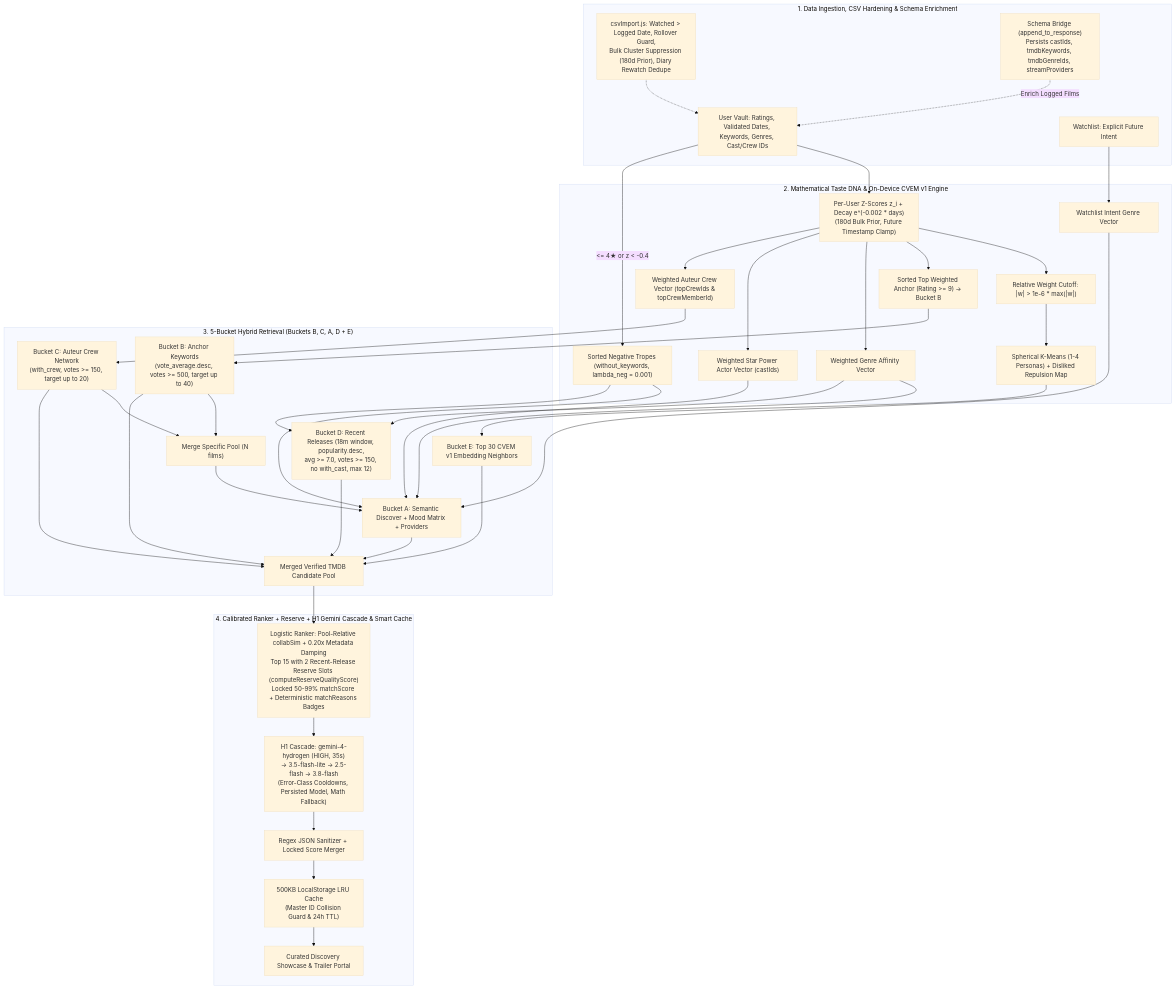
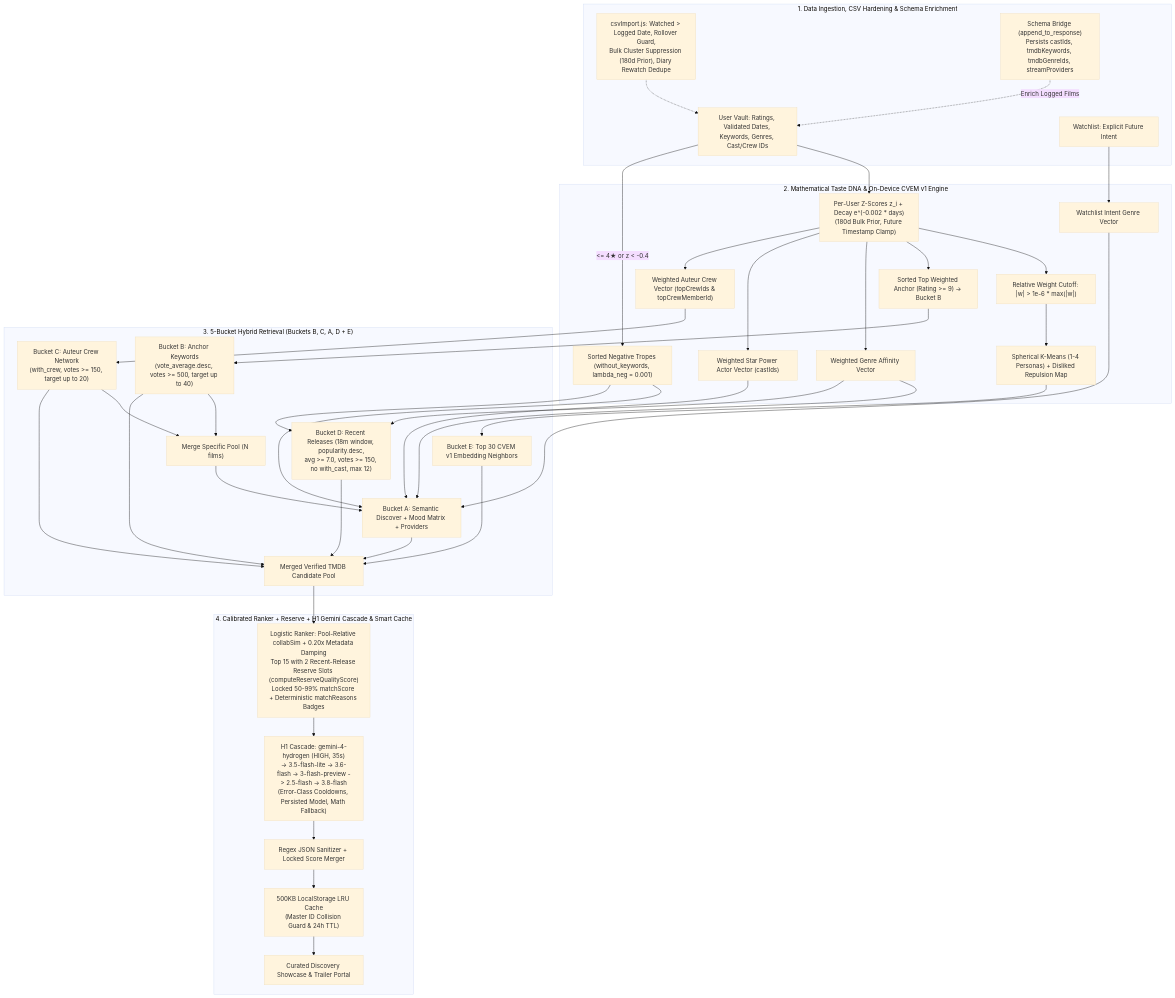
Before and after one commit to khuzaima175/React-Movie-Original: the diagram in ARCHITECTURE.md, drawn with Mermaid (base theme). The commit also changed other lines of this file and 6 other files, not shown here.

Commit message:
feat(gemini): add gemini-3.6-flash and gemini-3-flash-preview as cascade backups

````diff
--- a/ARCHITECTURE.md
+++ b/ARCHITECTURE.md
@@ -71,40 +71,40 @@
 ```mermaid
 flowchart TD
     subgraph Phase1 ["1. Data Ingestion, CSV Hardening & Schema Enrichment"]
         V["User Vault: Ratings, Validated Dates, Keywords, Genres, Cast/Crew IDs"]
         W["Watchlist: Explicit Future Intent"]
         CSV["csvImport.js: Watched > Logged Date, Rollover Guard,\nBulk Cluster Suppression (180d Prior), Diary Rewatch Dedupe"] -.-> V
         SB["Schema Bridge (append_to_response)\nPersists castIds, tmdbKeywords, tmdbGenreIds, streamProviders"] -.->|Enrich Logged Films| V
     end
 
     subgraph Phase2 ["2. Mathematical Taste DNA & On-Device CVEM v1 Engine"]
         V --> Z["Per-User Z-Scores z_i + Decay e^(-0.002 * days)\n(180d Bulk Prior, Future Timestamp Clamp)"]
         Z --> REL["Relative Weight Cutoff: |w| > 1e-6 * max(|w|)"]
         REL --> KM["Spherical K-Means (1-4 Personas) + Disliked Repulsion Map"]
         Z --> ANCHOR["Sorted Top Weighted Anchor (Rating >= 9) -> Bucket B"]
         Z --> GENRE_V["Weighted Genre Affinity Vector"]
         Z --> CAST_V["Weighted Star Power Actor Vector (castIds)"]
         Z --> CREW_V["Weighted Auteur Crew Vector (topCrewIds & topCrewMemberId)"]
         W --> WATCH_V["Watchlist Intent Genre Vector"]
         V -->|<= 4★ or z < -0.4| HATED_K["Sorted Negative Tropes (without_keywords, lambda_neg = 0.001)"]
     end
 
     subgraph Phase3 ["3. 5-Bucket Hybrid Retrieval (Buckets B, C, A, D + E)"]
         ANCHOR --> B2["Bucket B: Anchor Keywords\n(vote_average.desc, votes >= 500, target up to 40)"]
         CREW_V --> B3["Bucket C: Auteur Crew Network\n(with_crew, votes >= 150, target up to 20)"]
         B2 & B3 --> POOL_SPEC["Merge Specific Pool (N films)"]
         GENRE_V & WATCH_V & CAST_V & HATED_K --> B1
         POOL_SPEC --> B1["Bucket A: Semantic Discover + Mood Matrix + Providers"]
         GENRE_V & HATED_K --> B4["Bucket D: Recent Releases (18m window, popularity.desc,\navg >= 7.0, votes >= 150, no with_cast, max 12)"]
         KM --> B5["Bucket E: Top 30 CVEM v1 Embedding Neighbors"]
         B1 & B2 & B3 & B4 & B5 --> CP["Merged Verified TMDB Candidate Pool"]
     end
 
     subgraph Phase4 ["4. Calibrated Ranker + Reserve + H1 Gemini Cascade & Smart Cache"]
         CP --> RNK["Logistic Ranker: Pool-Relative collabSim + 0.20x Metadata Damping\nTop 15 with 2 Recent-Release Reserve Slots (computeReserveQualityScore)\nLocked 50-99% matchScore + Deterministic matchReasons Badges"]
-        RNK --> GEM["H1 Cascade: gemini-4-hydrogen (HIGH, 35s)\n-> 3.5-flash-lite -> 2.5-flash -> 3.8-flash\n(Error-Class Cooldowns, Persisted Model, Math Fallback)"]
+        RNK --> GEM["H1 Cascade: gemini-4-hydrogen (HIGH, 35s)\n-> 3.5-flash-lite -> 3.6-flash -> 3-flash-preview -> 2.5-flash -> 3.8-flash\n(Error-Class Cooldowns, Persisted Model, Math Fallback)"]
         GEM --> NORM["Regex JSON Sanitizer + Locked Score Merger"]
         NORM --> CACHE["500KB LocalStorage LRU Cache\n(Master ID Collision Guard & 24h TTL)"]
         CACHE --> UI["Curated Discovery Showcase & Trailer Portal"]
     end
 ```
````
